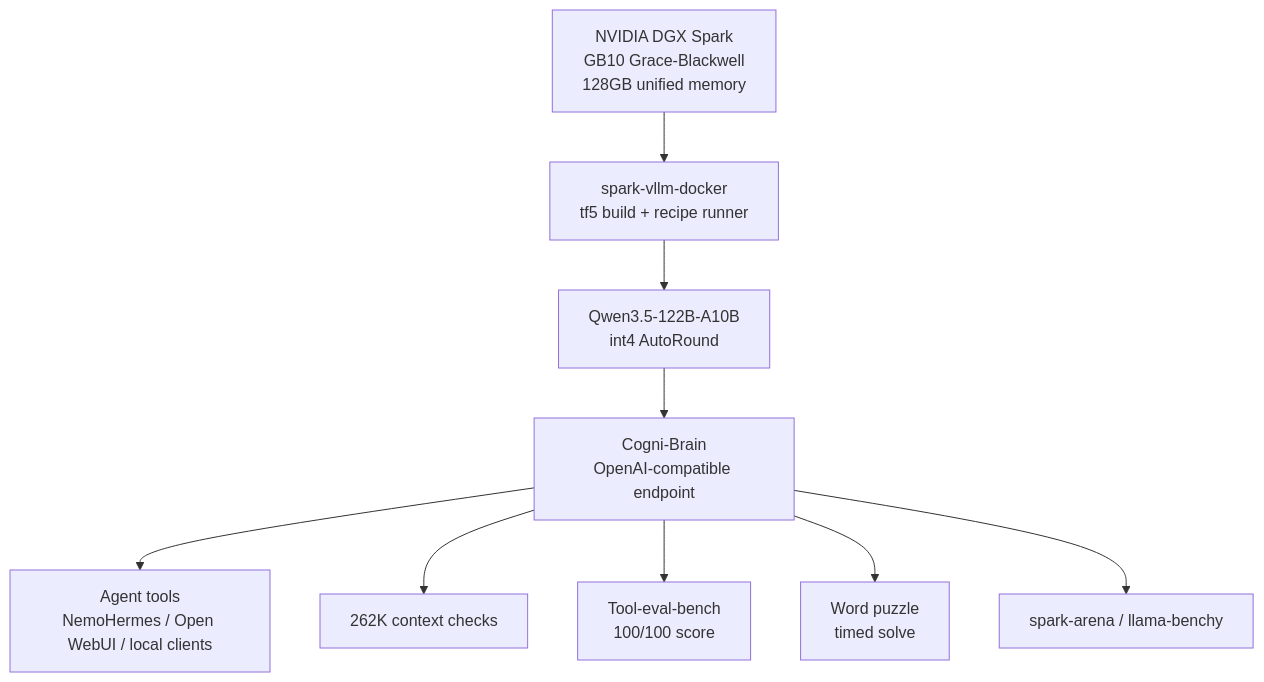
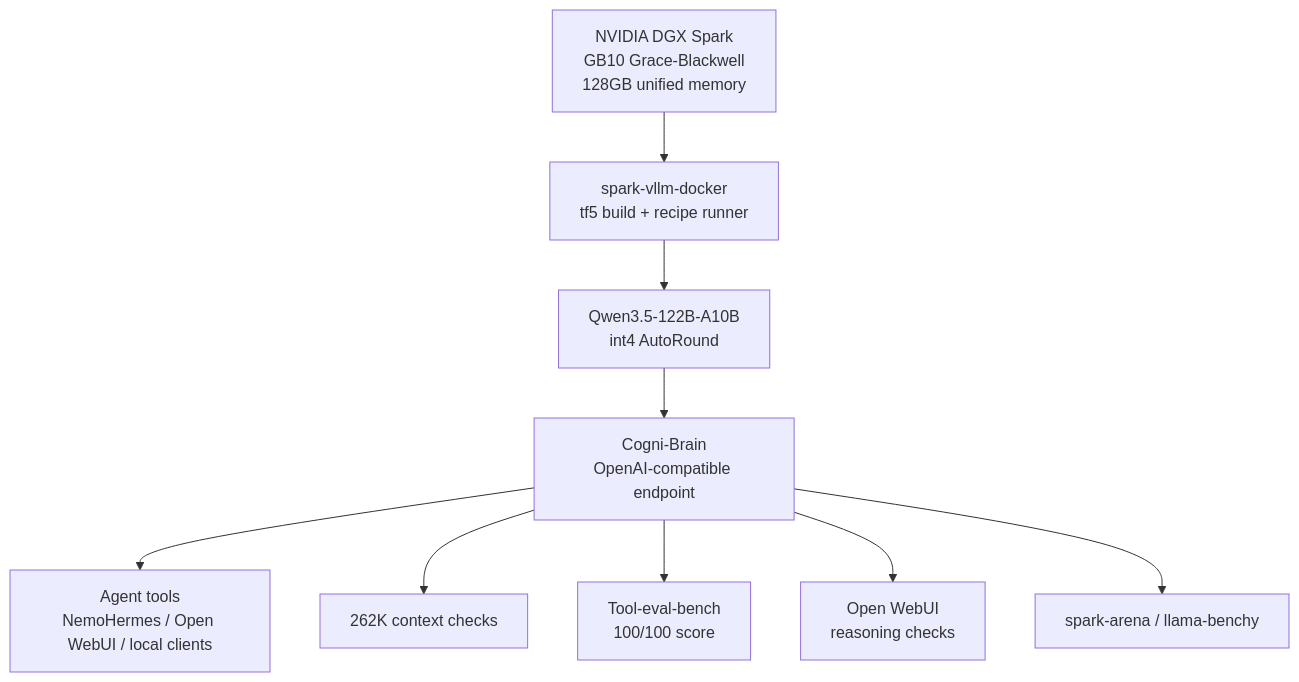
Before and after one commit to airawatraj/dgx-spark-qwen-omni-super-agent: the diagram in README.md, drawn with Mermaid. The commit also changed other lines of this file and 3 other files, not shown here.

Commit message:
docs: remove unreliable puzzle benchmark and updated OpenWebUI screnshot

````diff
--- a/README.md
+++ b/README.md
@@ -79,12 +79,12 @@
 ```mermaid
 flowchart TD
     A["NVIDIA DGX Spark<br/>GB10 Grace-Blackwell<br/>128GB unified memory"]
     A --> B["spark-vllm-docker<br/>tf5 build + recipe runner"]
     B --> C["Qwen3.5-122B-A10B<br/>int4 AutoRound"]
     C --> D["Cogni-Brain<br/>OpenAI-compatible endpoint"]
     D --> E["Agent tools<br/>NemoHermes / Open WebUI / local clients"]
     D --> F["262K context checks"]
     D --> G["Tool-eval-bench<br/>100/100 score"]
-    D --> H["Word puzzle<br/>timed solve"]
+    D --> H["Open WebUI<br/>reasoning checks"]
     D --> I["spark-arena / llama-benchy"]
 ```
````
